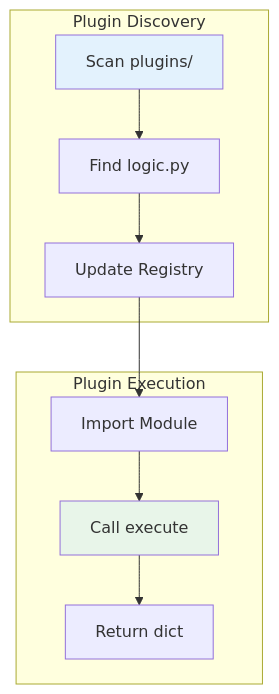
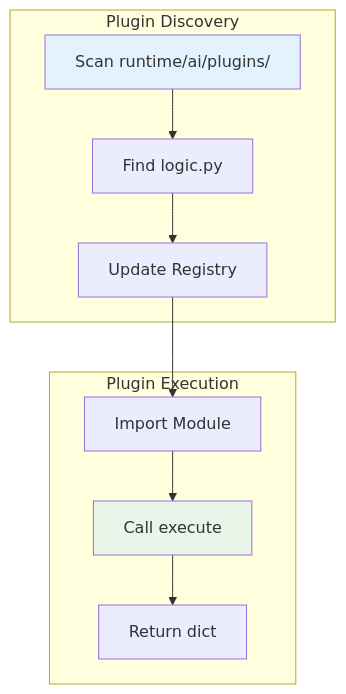
One commit to BlocUnited-LLC/mozaiks-core changed the fourth of 8 diagrams in docs/core/architecture.md. Above: the diagram before and after it, drawn with Mermaid. The commit also changed other lines of this file and 822 other files, not shown here.

````diff
--- a/docs/core/architecture.md
+++ b/docs/core/architecture.md
@@ -118,17 +118,17 @@
 ```mermaid
 graph TB
     subgraph "Plugin Discovery"
-        SCAN[Scan plugins/] --> FIND[Find logic.py]
+        SCAN[Scan runtime/ai/plugins/] --> FIND[Find logic.py]
         FIND --> REG[Update Registry]
     end
     
     subgraph "Plugin Execution"
         LOAD[Import Module] --> CALL[Call execute]
         CALL --> RETURN[Return dict]
     end
     
     REG --> LOAD
     
     style SCAN fill:#e3f2fd
     style CALL fill:#e8f5e9
 ```
````
